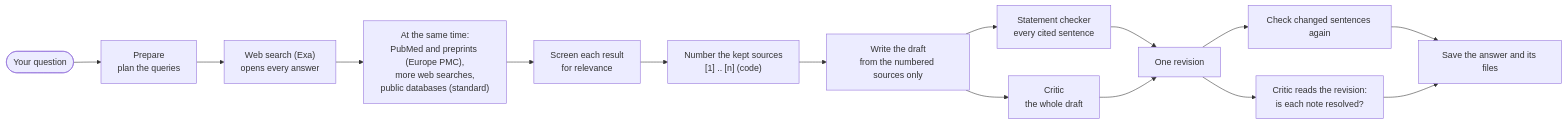
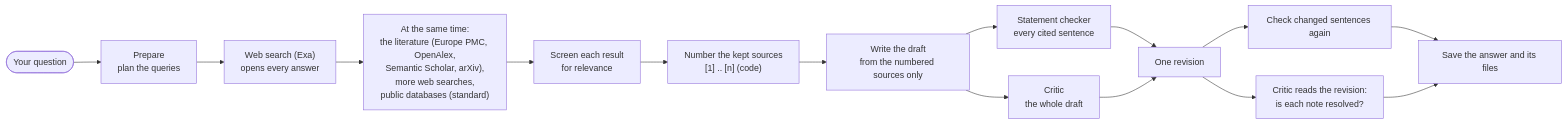
The diagram in docs/research-answer.md (itsbrendandang/agent-test), drawn with Mermaid before and after one commit. The commit also changed other lines of this file and 15 other files, not shown here.

First line of the commit message:
Research answers: search OpenAlex, Semantic Scholar and arXiv beside Europe PMC

````diff
--- a/docs/research-answer.md
+++ b/docs/research-answer.md
@@ -19,17 +19,17 @@
 ```mermaid
 flowchart LR
     q(["Your question"]) --> prepare["Prepare<br/>plan the queries"]
     prepare --> exa["Web search (Exa)<br/>opens every answer"]
-    exa --> more["At the same time:<br/>PubMed and preprints (Europe PMC),<br/>more web searches,<br/>public databases (standard)"]
+    exa --> more["At the same time:<br/>the literature (Europe PMC, OpenAlex,<br/>Semantic Scholar, arXiv),<br/>more web searches,<br/>public databases (standard)"]
     more --> screen["Screen each result<br/>for relevance"]
     screen --> number["Number the kept sources<br/>[1] .. [n] (code)"]
     number --> write["Write the draft<br/>from the numbered sources only"]
     write --> check["Statement checker<br/>every cited sentence"]
     write --> critic["Critic<br/>the whole draft"]
     check --> revise["One revision"]
     critic --> revise
     revise --> recheck["Check changed sentences again"]
     revise --> second["Critic reads the revision:<br/>is each note resolved?"]
     recheck --> save["Save the answer and its files"]
     second --> save
 ```
````
